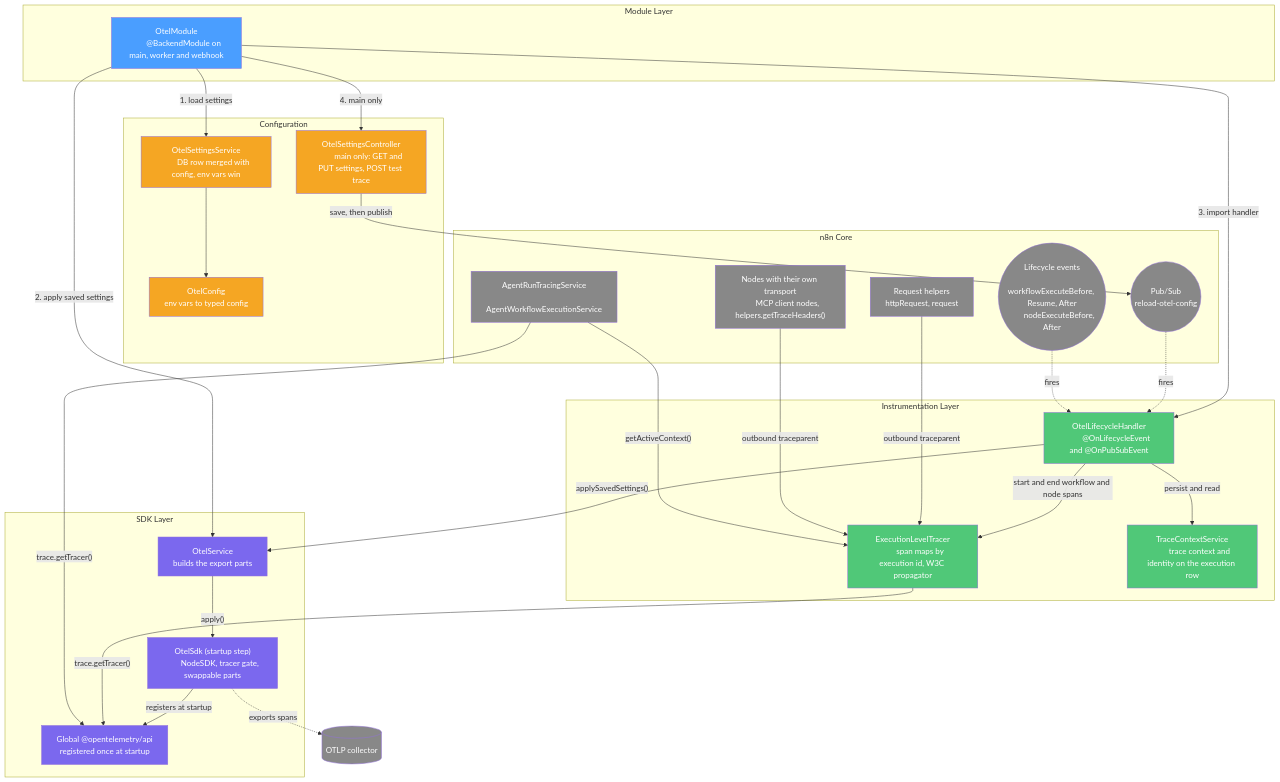
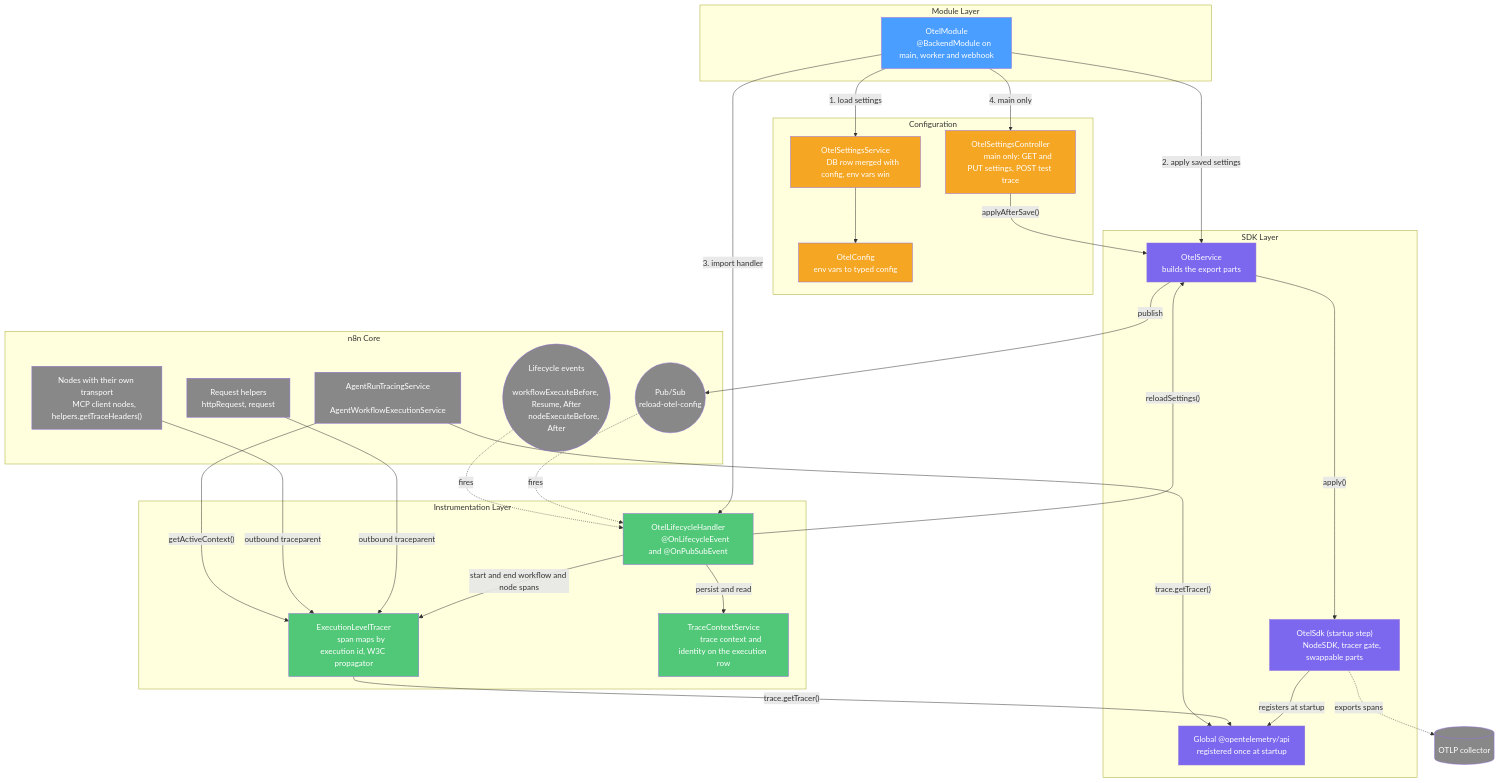
The diagram in packages/cli/src/modules/otel/README.md (Bluejanis/n8n), drawn with Mermaid before and after one commit. The commit also changed other lines of this file and 19 other files, not shown here.

First line of the commit message:
fix(core): Apply OpenTelemetry settings without waiting for the old exporter

```diff
--- a/packages/cli/src/modules/otel/README.md
+++ b/packages/cli/src/modules/otel/README.md
@@ -219,9 +188,10 @@
     SDK -- "registers at startup" --> API
     MOD -- "3. import handler" --> LCH
     MOD -- "4. main only" --> CTRL
-    CTRL -- "save, then publish" --> PUB
+    CTRL -- "applyAfterSave()" --> SVC
+    SVC -- "publish" --> PUB
     PUB -. "fires" .-> LCH
-    LCH -- "applySavedSettings()" --> SVC
+    LCH -- "reloadSettings()" --> SVC
 
     LC -. "fires" .-> LCH
     LCH -- "start and end workflow and node spans" --> ELT
```
